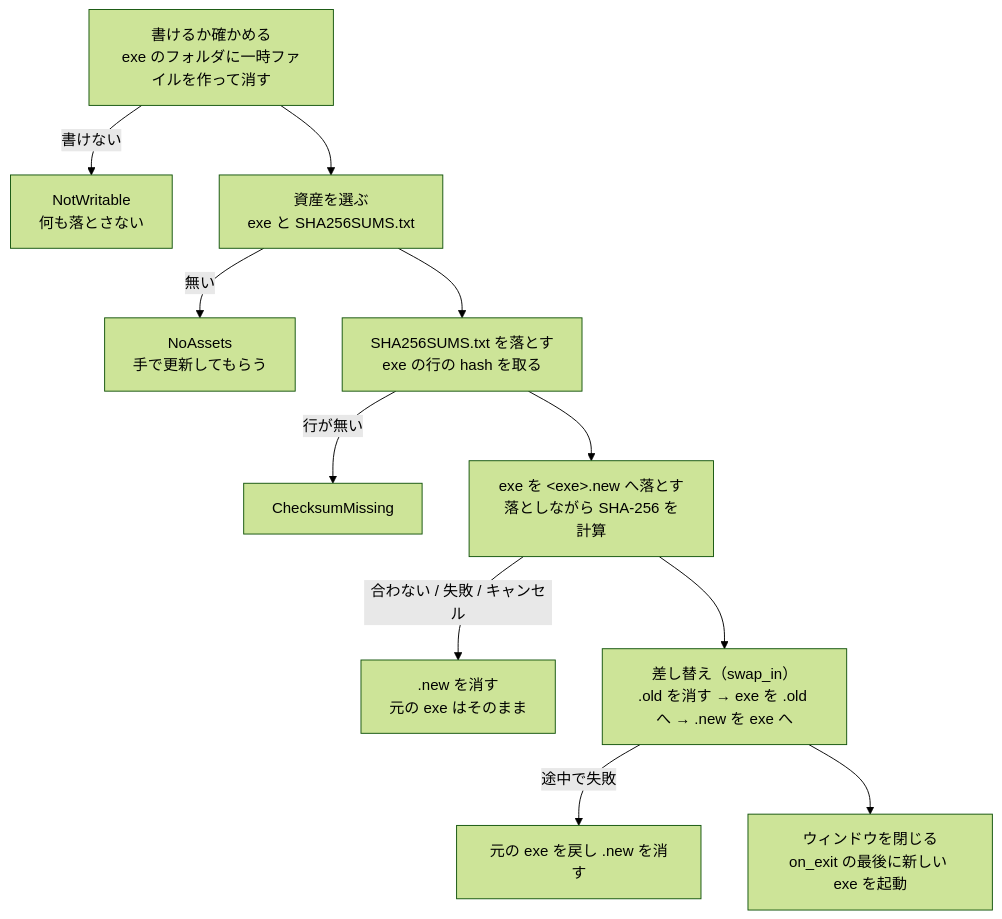
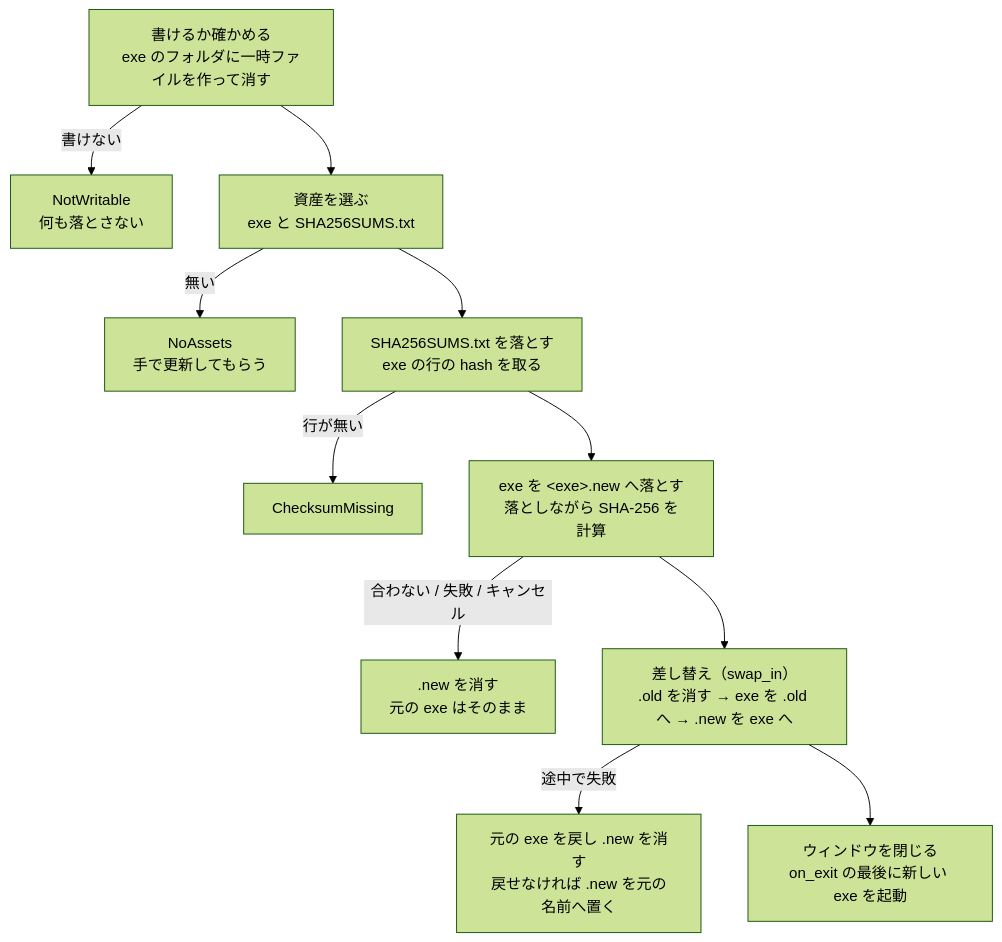
One commit to Mui-MuiMui/Capturecard_Viewer changed the diagram in docs/design/update.md. Above: the diagram before and after it, drawn with Mermaid (forest theme). The commit also changed other lines of this file and 5 other files, not shown here.

````diff
--- a/docs/design/update.md
+++ b/docs/design/update.md
@@ -119,13 +119,13 @@
 ```mermaid
 flowchart TD
     A["書けるか確かめる<br/>exe のフォルダに一時ファイルを作って消す"] -->|書けない| X["NotWritable<br/>何も落とさない"]
     A --> P["資産を選ぶ<br/>exe と SHA256SUMS.txt"]
     P -->|無い| V["NoAssets<br/>手で更新してもらう"]
     P --> B["SHA256SUMS.txt を落とす<br/>exe の行の hash を取る"]
     B -->|行が無い| Y["ChecksumMissing"]
     B --> C["exe を &lt;exe&gt;.new へ落とす<br/>落としながら SHA-256 を計算"]
     C -->|合わない / 失敗 / キャンセル| Z[".new を消す<br/>元の exe はそのまま"]
     C --> D["差し替え（swap_in）<br/>.old を消す → exe を .old へ → .new を exe へ"]
-    D -->|途中で失敗| W["元の exe を戻し .new を消す"]
+    D -->|途中で失敗| W["元の exe を戻し .new を消す<br/>戻せなければ .new を元の名前へ置く"]
     D --> E["ウィンドウを閉じる<br/>on_exit の最後に新しい exe を起動"]
 ```
````
